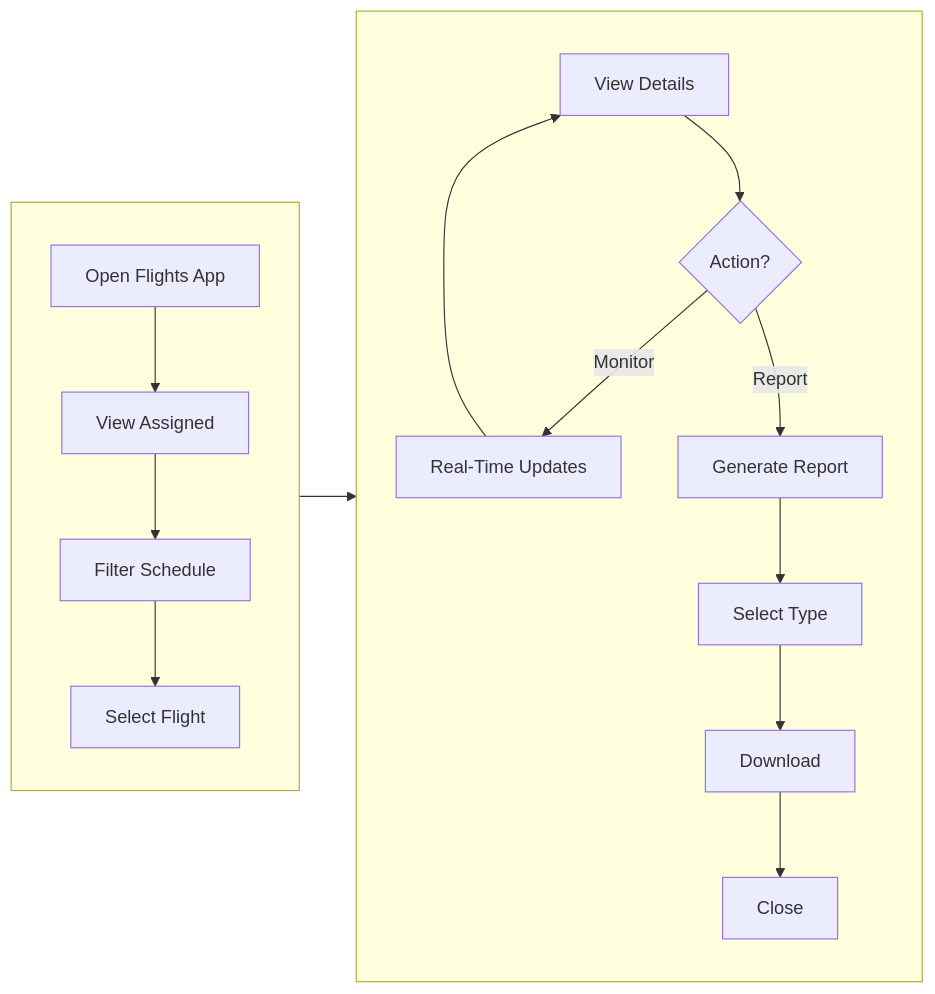
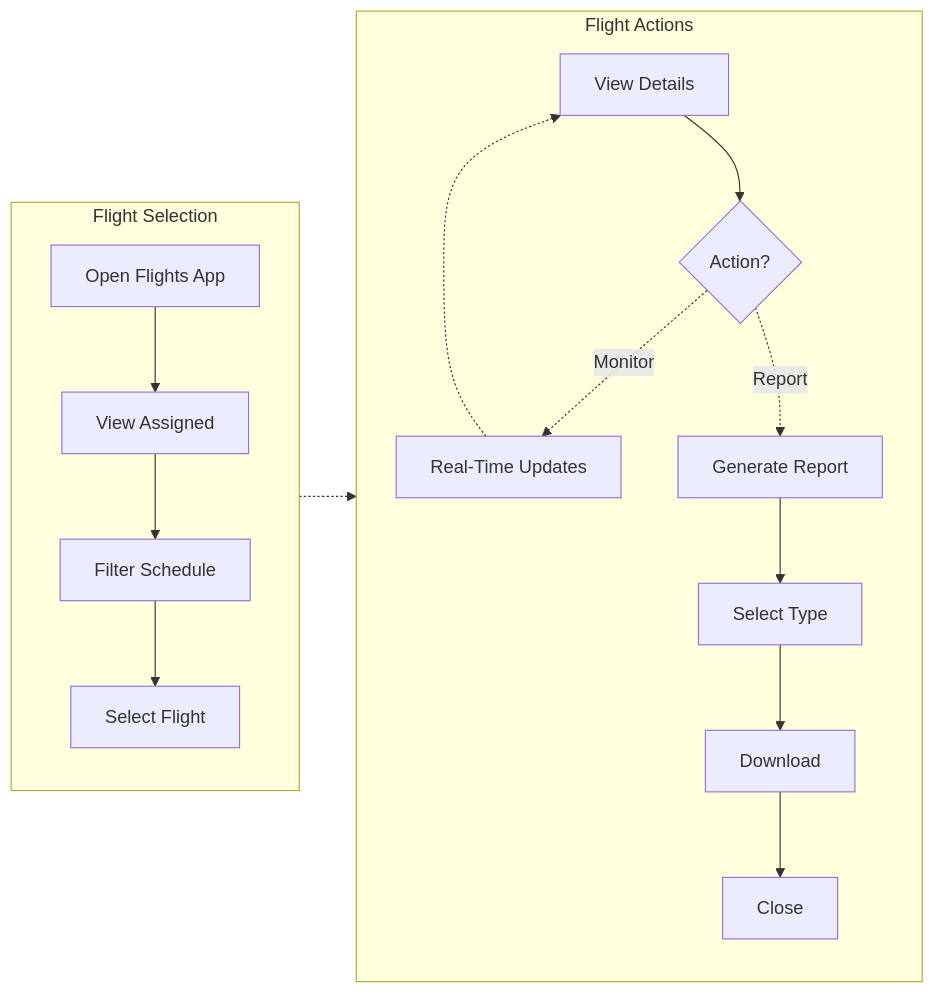
One commit to RoundRobinHood/cogniflight-cloud changed the ninth of 10 diagrams in docs/SEN3781_Assignment4_Information_Architecture_Report.md. Above: the diagram before and after it, drawn with Mermaid. The commit also changed other lines of this file, not shown here.

Commit message:
improved diagram readability

````diff
--- a/docs/SEN3781_Assignment4_Information_Architecture_Report.md
+++ b/docs/SEN3781_Assignment4_Information_Architecture_Report.md
@@ -473,20 +486,20 @@
 ```mermaid
 flowchart LR
-    subgraph row1[" "]
+    subgraph s1["Flight Selection"]
         direction TB
         A[Open Flights App] --> B[View Assigned]
         B --> C[Filter Schedule]
         C --> D[Select Flight]
     end
-    subgraph row2[" "]
+    subgraph s2["Flight Actions"]
         direction TB
         E[View Details] --> F{Action?}
-        F -->|Monitor| G[Real-Time Updates]
-        F -->|Report| H[Generate Report]
+        F -.->|Monitor| G[Real-Time Updates]
+        G -.-> E
+        F -.->|Report| H[Generate Report]
         H --> I[Select Type]
         I --> J[Download]
         J --> K[Close]
     end
-    D --> E
-    G --> E
+    D -.-> E
 ```
````
